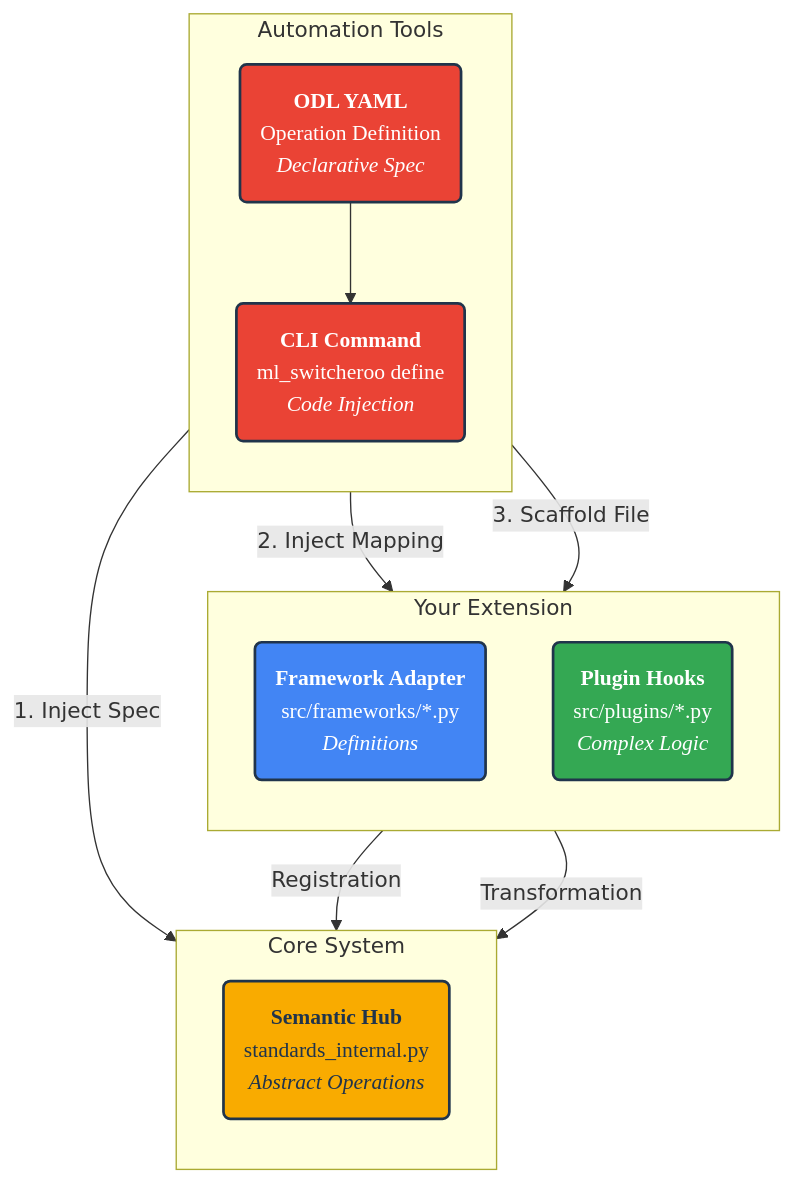
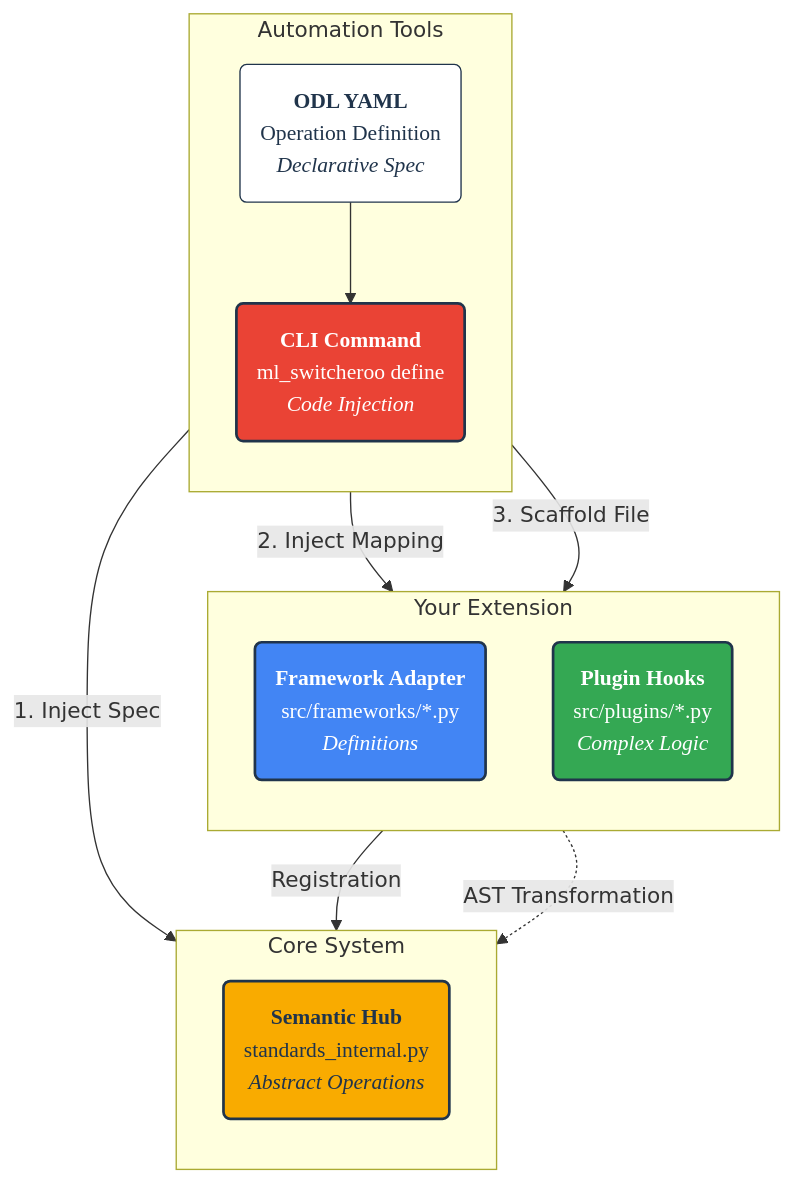
One commit to SamuelMarks/ml-switcheroo changed the diagram in EXTENDING.md. Above: the diagram before and after it, drawn with Mermaid. The commit also changed other lines of this file and 71 other files, not shown here.

````diff
--- a/EXTENDING.md
+++ b/EXTENDING.md
@@ -20,33 +25,34 @@
 ```mermaid
 graph TD
-%% Styles
+%% Styles based on ARCHITECTURE.md theme
     classDef hub fill: #f9ab00, stroke: #20344b, stroke-width: 2px, color: #20344b, font-family: 'Google Sans', rx: 5px
-    classDef adapter fill: #4285f4, stroke: #20344b, stroke-width: 2px, stroke-dasharray: 0, color: #ffffff, font-family: 'Google Sans', rx: 5px
+    classDef adapter fill: #4285f4, stroke: #20344b, stroke-width: 2px, color: #ffffff, font-family: 'Google Sans', rx: 5px
     classDef plugin fill: #34a853, stroke: #20344b, stroke-width: 2px, color: #ffffff, font-family: 'Google Sans', rx: 5px
     classDef tool fill: #ea4335, stroke: #20344b, stroke-width: 2px, color: #ffffff, font-family: 'Google Sans', rx: 5px
+    classDef input fill: #ffffff, stroke: #20344b, stroke-width: 1px, color: #20344b, font-family: 'Roboto Mono'
 
     subgraph EXT [Your Extension]
         direction TB
         ADAPTER("<b>Framework Adapter</b><br/>src/frameworks/*.py<br/><i>Definitions</i>"):::adapter
         PLUGIN("<b>Plugin Hooks</b><br/>src/plugins/*.py<br/><i>Complex Logic</i>"):::plugin
     end
 
     subgraph CORE [Core System]
         direction TB
         HUB("<b>Semantic Hub</b><br/>standards_internal.py<br/><i>Abstract Operations</i>"):::hub
     end
 
     subgraph TOOLS [Automation Tools]
         direction TB
         DEFINE("<b>CLI Command</b><br/>ml_switcheroo define<br/><i>Code Injection</i>"):::tool
-        YAML("<b>ODL YAML</b><br/>Operation Definition<br/><i>Declarative Spec</i>"):::tool
+        YAML("<b>ODL YAML</b><br/>Operation Definition<br/><i>Declarative Spec</i>"):::input
     end
 
 %% Wiring
     YAML --> DEFINE
     DEFINE -->|" 1. Inject Spec "| HUB
     DEFINE -->|" 2. Inject Mapping "| ADAPTER
     DEFINE -->|" 3. Scaffold File "| PLUGIN
     ADAPTER -->|" Registration "| HUB
-    PLUGIN -->|" Transformation "| HUB
+    PLUGIN -.->|" AST Transformation "| HUB
 ```
````
